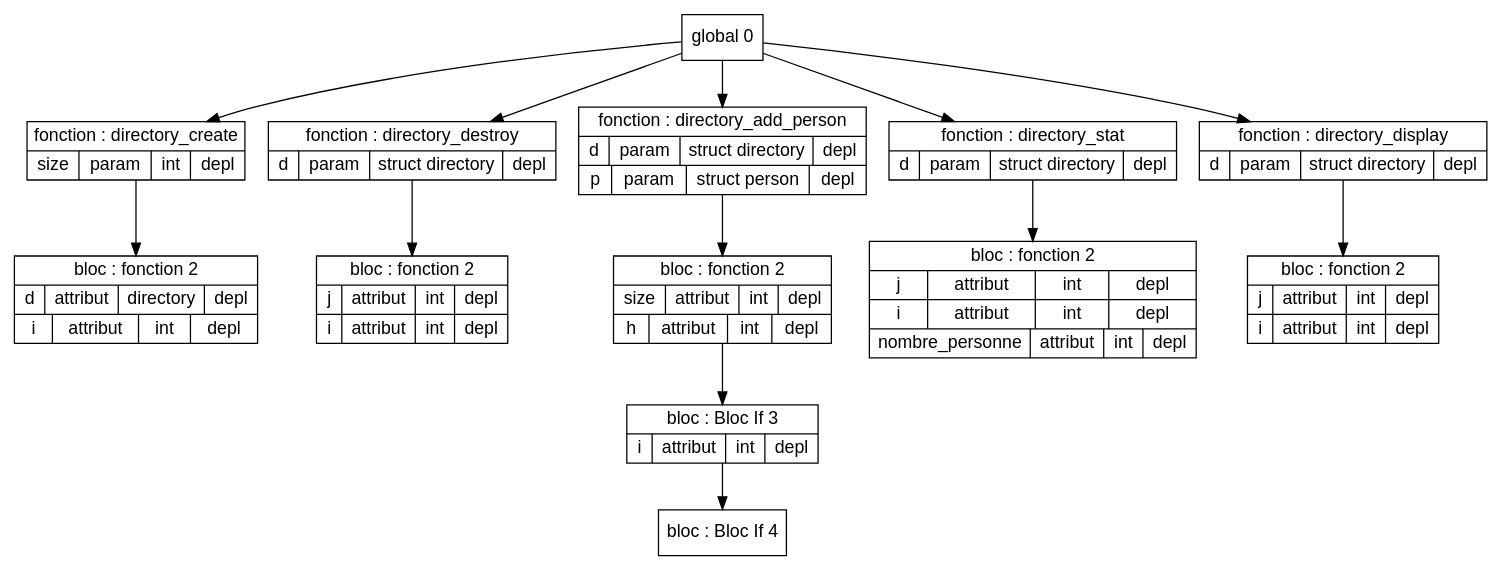
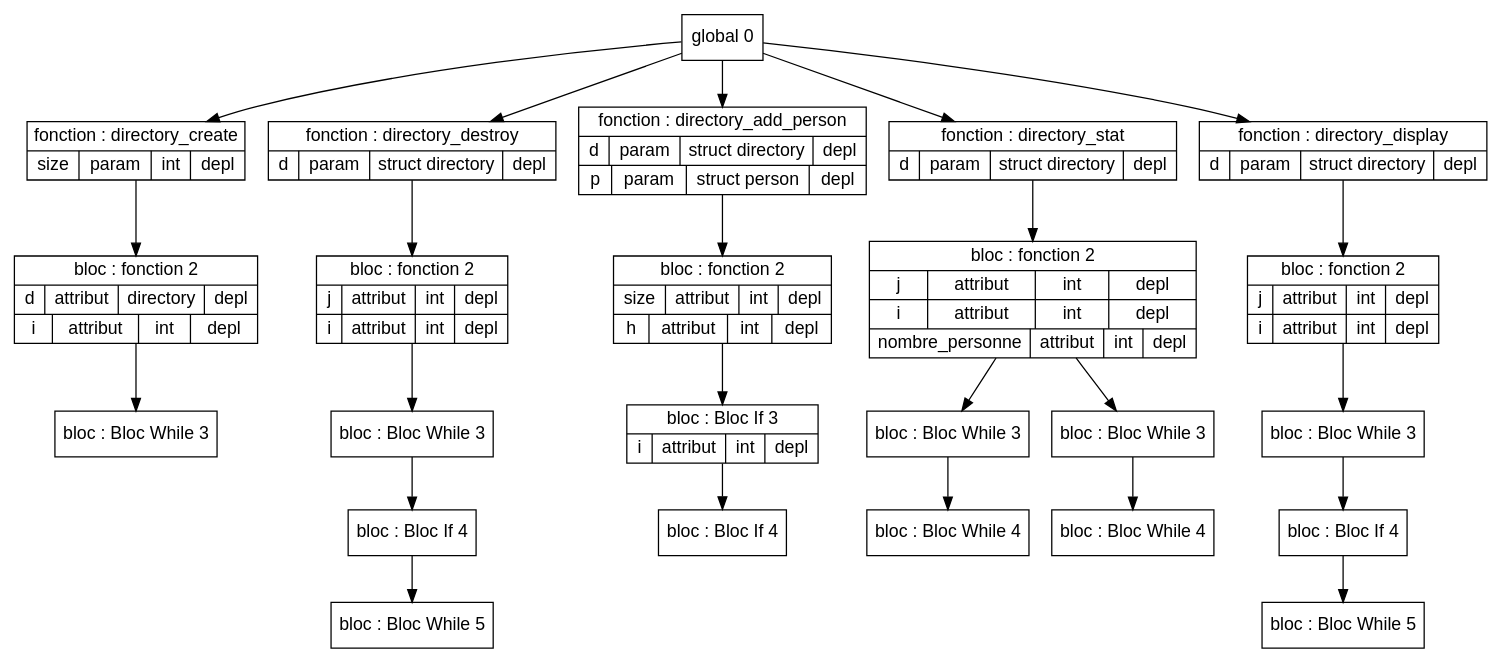
One commit to Hamza-ABDOULHOUSSEN/compil changed the diagram in Code/out/tds/dot/Test_Complet/test2.dot. Above: the diagram before and after it, drawn with Graphviz. The commit also changed 36 other files, not shown here.

```diff
--- a/Code/out/tds/dot/Test_Complet/test2.dot
+++ b/Code/out/tds/dot/Test_Complet/test2.dot
@@ -1,75 +1,119 @@
 digraph "tds"{
 
 	node [fontname="Arial"];
+
+	N3 [shape=record label="{ bloc : Bloc While  3
+	}"];
 
 	N2 [shape=record label="{ bloc : fonction  2
 	| { d | attribut | directory | depl }
 	| { i | attribut | int | depl }
 	}"];
 
 	N1 [shape=record label="{ fonction : directory_create
 	| { size | param | int | depl }
 	}"];
 
-	N4 [shape=record label="{ bloc : fonction  2
+	N8 [shape=record label="{ bloc : Bloc While  5
+	}"];
+
+	N7 [shape=record label="{ bloc : Bloc If  4
+	}"];
+
+	N6 [shape=record label="{ bloc : Bloc While  3
+	}"];
+
+	N5 [shape=record label="{ bloc : fonction  2
 	| { j | attribut | int | depl }
 	| { i | attribut | int | depl }
 	}"];
 
-	N3 [shape=record label="{ fonction : directory_destroy
+	N4 [shape=record label="{ fonction : directory_destroy
 	| { d | param | struct directory | depl }
 	}"];
 
-	N8 [shape=record label="{ bloc : Bloc If  4
+	N12 [shape=record label="{ bloc : Bloc If  4
 	}"];
 
-	N7 [shape=record label="{ bloc : Bloc If  3
+	N11 [shape=record label="{ bloc : Bloc If  3
 	| { i | attribut | int | depl }
 	}"];
 
-	N6 [shape=record label="{ bloc : fonction  2
+	N10 [shape=record label="{ bloc : fonction  2
 	| { size | attribut | int | depl }
 	| { h | attribut | int | depl }
 	}"];
 
-	N5 [shape=record label="{ fonction : directory_add_person
+	N9 [shape=record label="{ fonction : directory_add_person
 	| { d | param | struct directory | depl }
 	| { p | param | struct person | depl }
 	}"];
 
-	N10 [shape=record label="{ bloc : fonction  2
+	N16 [shape=record label="{ bloc : Bloc While  4
+	}"];
+
+	N15 [shape=record label="{ bloc : Bloc While  3
+	}"];
+
+	N18 [shape=record label="{ bloc : Bloc While  4
+	}"];
+
+	N17 [shape=record label="{ bloc : Bloc While  3
+	}"];
+
+	N14 [shape=record label="{ bloc : fonction  2
 	| { j | attribut | int | depl }
 	| { i | attribut | int | depl }
 	| { nombre_personne | attribut | int | depl }
 	}"];
 
-	N9 [shape=record label="{ fonction : directory_stat
+	N13 [shape=record label="{ fonction : directory_stat
 	| { d | param | struct directory | depl }
 	}"];
 
-	N12 [shape=record label="{ bloc : fonction  2
+	N23 [shape=record label="{ bloc : Bloc While  5
+	}"];
+
+	N22 [shape=record label="{ bloc : Bloc If  4
+	}"];
+
+	N21 [shape=record label="{ bloc : Bloc While  3
+	}"];
+
+	N20 [shape=record label="{ bloc : fonction  2
 	| { j | attribut | int | depl }
 	| { i | attribut | int | depl }
 	}"];
 
-	N11 [shape=record label="{ fonction : directory_display
+	N19 [shape=record label="{ fonction : directory_display
 	| { d | param | struct directory | depl }
 	}"];
 
 	N0 [shape=record label="{ global 0
 	}"];
 
 
 	N0 -> N1; 
 	N1 -> N2; 
-	N0 -> N3; 
-	N3 -> N4; 
-	N0 -> N5; 
+	N2 -> N3; 
+	N0 -> N4; 
+	N4 -> N5; 
 	N5 -> N6; 
 	N6 -> N7; 
 	N7 -> N8; 
 	N0 -> N9; 
 	N9 -> N10; 
-	N0 -> N11; 
+	N10 -> N11; 
 	N11 -> N12; 
+	N0 -> N13; 
+	N13 -> N14; 
+	N14 -> N15; 
+	N15 -> N16; 
+	N14 -> N17; 
+	N17 -> N18; 
+	N0 -> N19; 
+	N19 -> N20; 
+	N20 -> N21; 
+	N21 -> N22; 
+	N22 -> N23; 
 }
```
